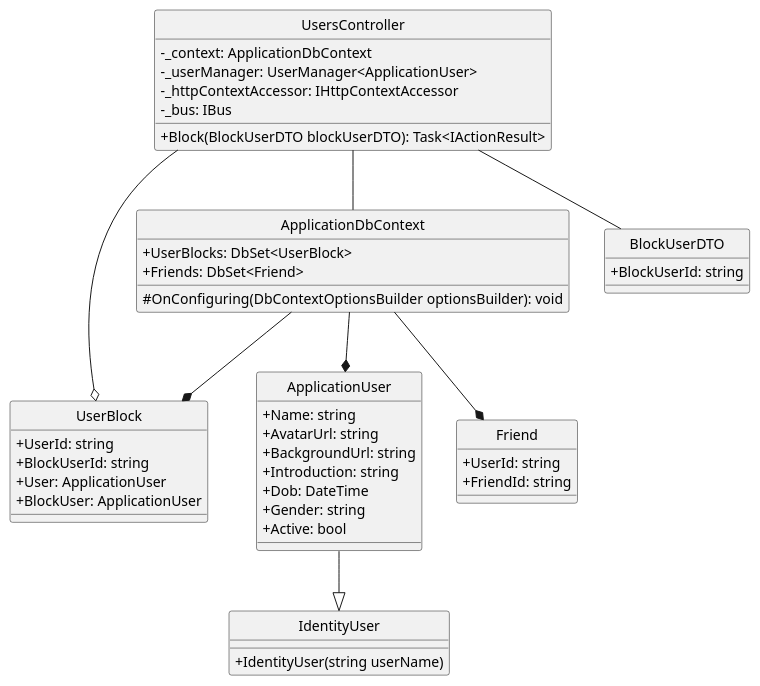
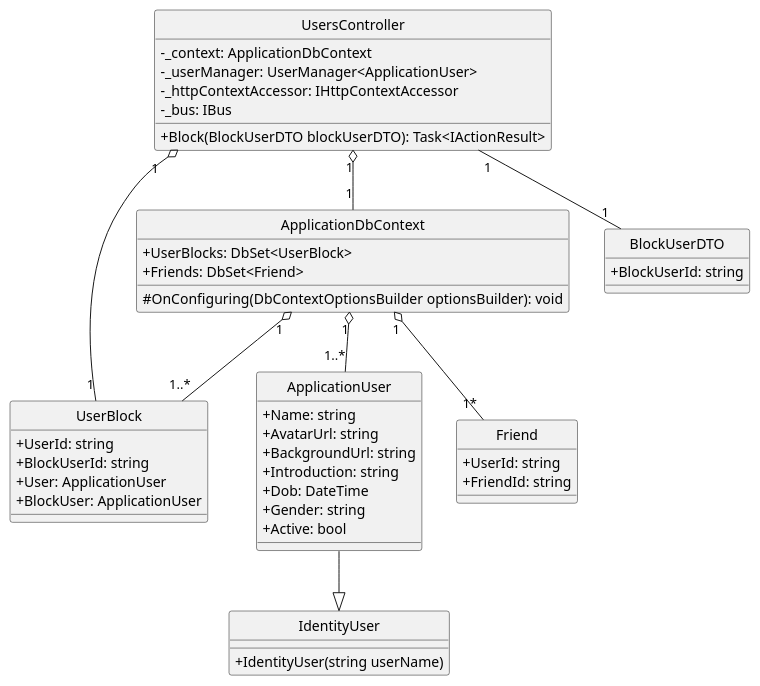
One commit to Carl-Johnsons/Chat-Application changed the diagram in docs/Class Diagram/Identity/BlockUser/ClassDiagram.plantuml. Above: the diagram before and after it, drawn with PlantUML. The commit also changed 11 other files, not shown here.

```diff
--- a/docs/Class Diagram/Identity/BlockUser/ClassDiagram.plantuml
+++ b/docs/Class Diagram/Identity/BlockUser/ClassDiagram.plantuml
@@ -1,54 +1,54 @@
-@startuml blockUser
+@startuml
 hide circle
 skinparam classAttributeIconSize 0
 class UsersController {
     - _context: ApplicationDbContext
     - _userManager: UserManager<ApplicationUser>
     - _httpContextAccessor: IHttpContextAccessor
     - _bus: IBus
     + Block(BlockUserDTO blockUserDTO): Task<IActionResult>
 }
 
 class ApplicationDbContext {
     + UserBlocks: DbSet<UserBlock>
     + Friends: DbSet<Friend>
     # OnConfiguring(DbContextOptionsBuilder optionsBuilder): void
 }
 class UserBlock{
     + UserId: string
     + BlockUserId: string
     + User: ApplicationUser
     + BlockUser: ApplicationUser
 }
 
 class BlockUserDTO {
     + BlockUserId: string
 }
 
 
 class ApplicationUser {
     + Name: string
     + AvatarUrl: string
     + BackgroundUrl: string
     + Introduction: string
     + Dob: DateTime
     + Gender: string
     + Active: bool
 }
 class Friend{
     + UserId: string
     + FriendId: string
 }
 
 class IdentityUser {
     + IdentityUser(string userName) 
 }
 
-UsersController -- ApplicationDbContext
-UsersController -- BlockUserDTO
-ApplicationDbContext --* ApplicationUser
-UsersController --o UserBlock
-ApplicationDbContext --* UserBlock
-ApplicationDbContext --* Friend
+UsersController "1" o--"1" ApplicationDbContext
+UsersController "1" -- "1" BlockUserDTO
+ApplicationDbContext "1" o--"1..*" ApplicationUser
+UsersController "1" o--"1" UserBlock
+ApplicationDbContext "1" o--"1..*" UserBlock
+ApplicationDbContext "1" o--"1*" Friend
 ApplicationUser --|> IdentityUser
 @enduml
```
